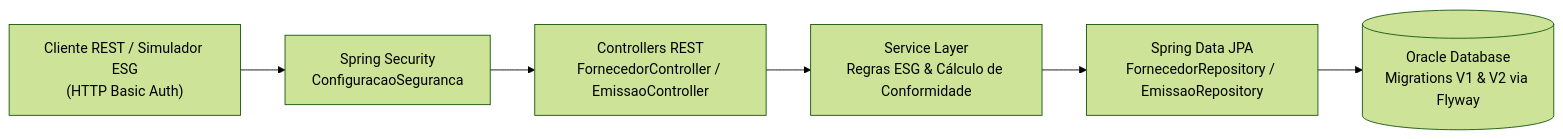
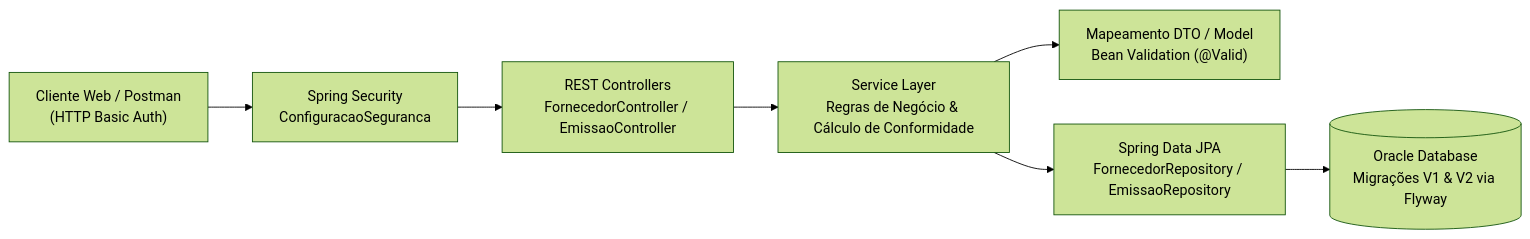
The diagram in README.md (Renan-Xavier/ESG-Spring-API), drawn with Mermaid (forest theme) before and after one commit. The commit also changed other lines of this file, not shown here.

Commit message:
docs: padronizar README com secoes de demonstracao, arquitetura Mermaid e tecnologias

````diff
--- a/README.md
+++ b/README.md
@@ -24,8 +39,9 @@
 ```mermaid
 flowchart LR
-    Client["Cliente REST / Simulador ESG\n(HTTP Basic Auth)"] --> Security["Spring Security\nConfiguracaoSeguranca"]
-    Security --> Ctrl["Controllers REST\nFornecedorController / EmissaoController"]
-    Ctrl --> Svc["Service Layer\nRegras ESG & Cálculo de Conformidade"]
+    Client["Cliente Web / Postman\n(HTTP Basic Auth)"] --> Security["Spring Security\nConfiguracaoSeguranca"]
+    Security --> Ctrl["REST Controllers\nFornecedorController / EmissaoController"]
+    Ctrl --> Svc["Service Layer\nRegras de Negócio & Cálculo de Conformidade"]
+    Svc --> DTO["Mapeamento DTO / Model\nBean Validation (@Valid)"]
     Svc --> Repo["Spring Data JPA\nFornecedorRepository / EmissaoRepository"]
-    Repo --> DB[("Oracle Database\nMigrations V1 & V2 via Flyway")]
+    Repo --> DB[("Oracle Database\nMigrações V1 & V2 via Flyway")]
 ```
````
